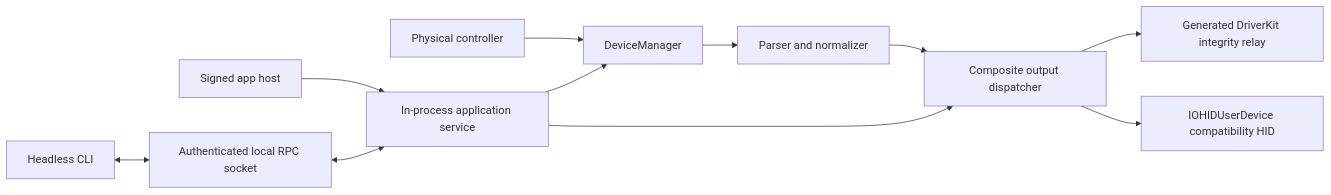
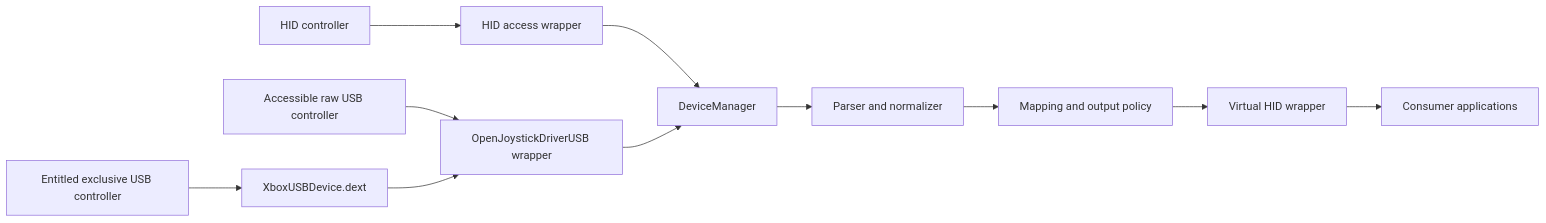
One commit to xsyetopz/OpenJoystickDriver changed the diagram in docs/development/architecture.md. Above: the diagram before and after it, drawn with Mermaid. The commit also changed other lines of this file and 30 other files, not shown here.

````diff
--- a/docs/development/architecture.md
+++ b/docs/development/architecture.md
@@ -8,13 +9,13 @@
 ```mermaid
 flowchart LR
-  A[Physical controller] --> B[DeviceManager]
-  B --> C[Parser and normalizer]
-  C --> D[Composite output dispatcher]
-  D --> E[Generated DriverKit integrity relay]
-  D --> F[IOHIDUserDevice compatibility HID]
-  G[Signed app host] --> H[In-process application service]
-  I[Headless CLI] <--> J[Authenticated local RPC socket]
-  J <--> H
-  H --> B
-  H --> D
+  A[HID controller] --> B[HID access wrapper]
+  C[Accessible raw USB controller] --> E[OpenJoystickDriverUSB wrapper]
+  D[Entitled exclusive USB controller] --> K[XboxUSBDevice.dext]
+  K --> E
+  B --> F[DeviceManager]
+  E --> F
+  F --> G[Parser and normalizer]
+  G --> H[Mapping and output policy]
+  H --> I[Virtual HID wrapper]
+  I --> J[Consumer applications]
 ```
````
